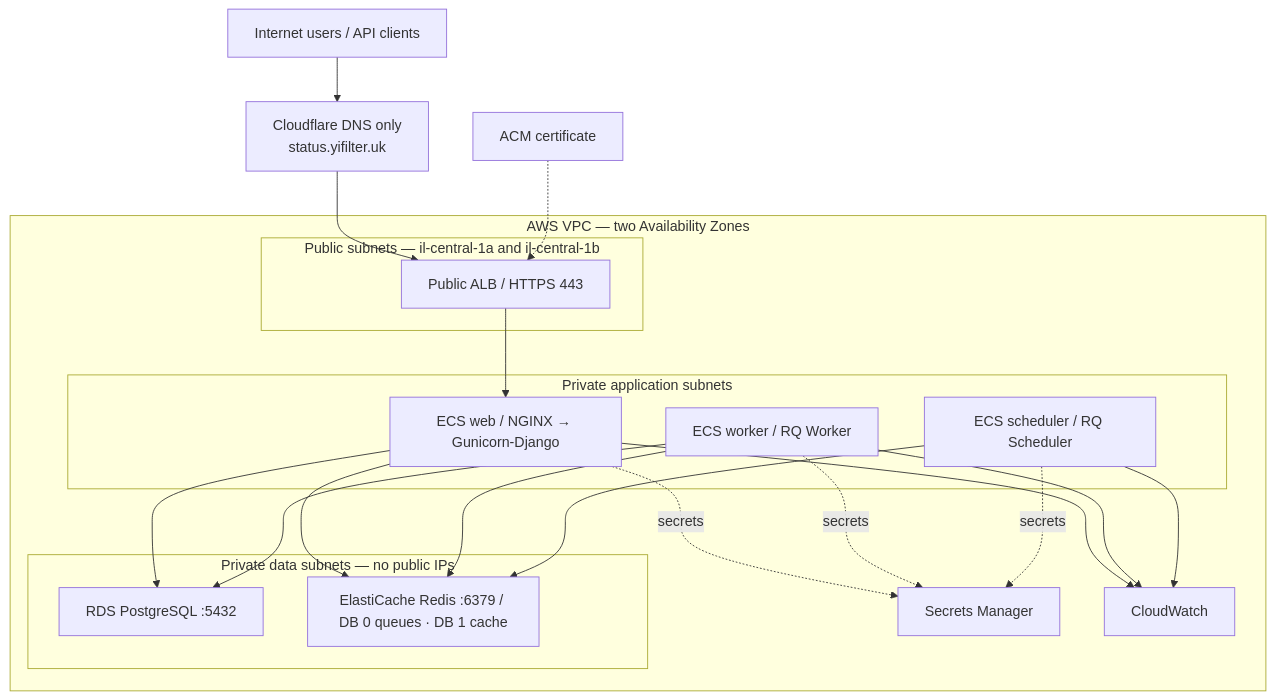
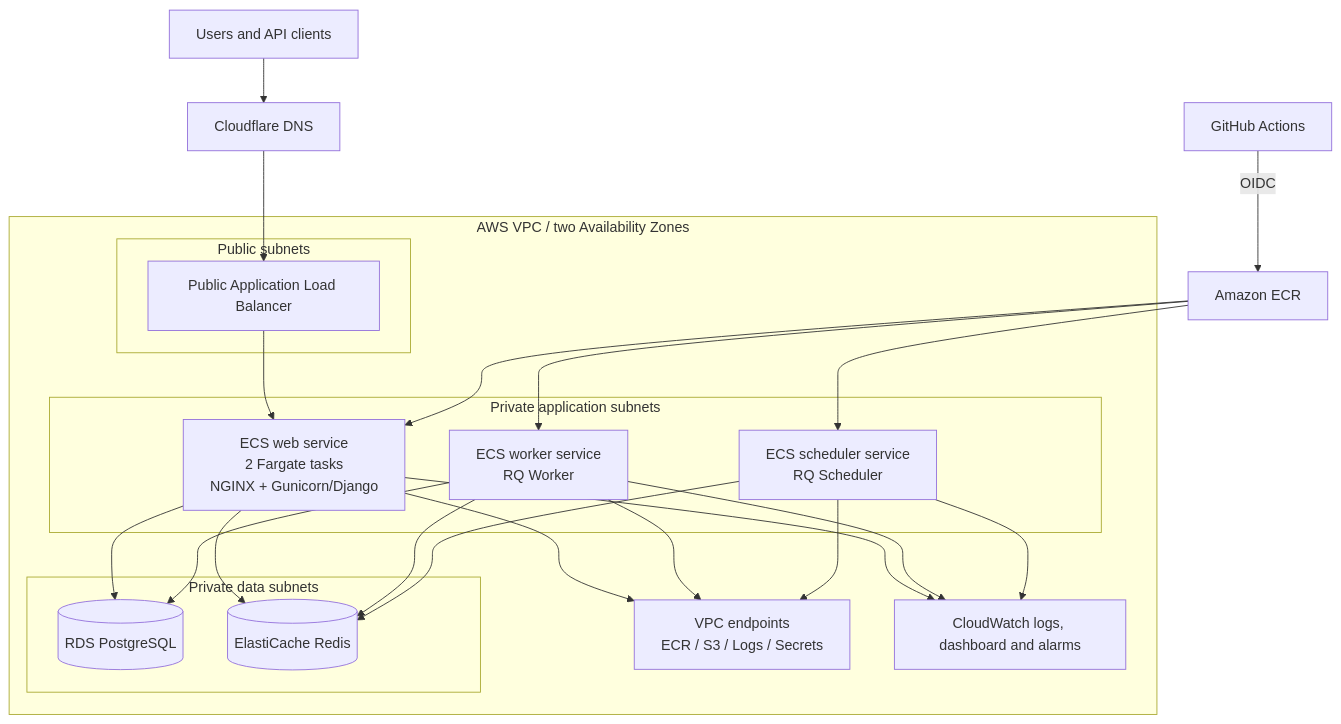
One commit to yinon-mitin/Status-Page changed the first of 2 diagrams in docs/ARCHITECTURE.md. Above: the diagram before and after it, drawn with Mermaid. The commit also changed other lines of this file and 49 other files, not shown here.

````diff
--- a/docs/ARCHITECTURE.md
+++ b/docs/ARCHITECTURE.md
@@ -30,28 +11,35 @@
 ```mermaid
 flowchart TB
-  U[Internet users / API clients] --> CF[Cloudflare DNS only\nstatus.yifilter.uk]
-  CF --> ALB[Public ALB / HTTPS 443]
-  ACM[ACM certificate] -.-> ALB
-  subgraph VPC[AWS VPC — two Availability Zones]
-    subgraph PUB[Public subnets — il-central-1a and il-central-1b]
+  Client[Users and API clients] --> DNS[Cloudflare DNS]
+  DNS --> ALB[Public Application Load Balancer]
+
+  subgraph VPC[AWS VPC / two Availability Zones]
+    subgraph Public[Public subnets]
       ALB
     end
-    subgraph APP[Private application subnets]
-      WEB[ECS web / NGINX → Gunicorn-Django]
-      WKR[ECS worker / RQ Worker]
-      SCH[ECS scheduler / RQ Scheduler]
+
+    subgraph Application[Private application subnets]
+      Web[ECS web service\n2 Fargate tasks\nNGINX + Gunicorn/Django]
+      Worker[ECS worker service\nRQ Worker]
+      Scheduler[ECS scheduler service\nRQ Scheduler]
     end
-    subgraph DATA[Private data subnets — no public IPs]
-      RDS[RDS PostgreSQL :5432]
-      REDIS[ElastiCache Redis :6379 / DB 0 queues · DB 1 cache]
+
+    subgraph Data[Private data subnets]
+      PostgreSQL[(RDS PostgreSQL)]
+      Redis[(ElastiCache Redis)]
     end
-    SM[Secrets Manager]
-    CW[CloudWatch]
+
+    Endpoints[VPC endpoints\nECR / S3 / Logs / Secrets]
+    CloudWatch[CloudWatch logs, dashboard and alarms]
   end
-  ALB --> WEB
-  WEB --> RDS & REDIS
-  WKR --> RDS & REDIS
-  SCH --> REDIS
-  WEB & WKR & SCH -. secrets .-> SM
-  WEB & WKR & SCH --> CW
+
+  ALB --> Web
+  Web --> PostgreSQL & Redis
+  Worker --> PostgreSQL & Redis
+  Scheduler --> Redis
+  Web & Worker & Scheduler --> Endpoints
+  Web & Worker & Scheduler --> CloudWatch
+
+  GitHub[GitHub Actions] -->|OIDC| ECR[Amazon ECR]
+  ECR --> Web & Worker & Scheduler
 ```
````
